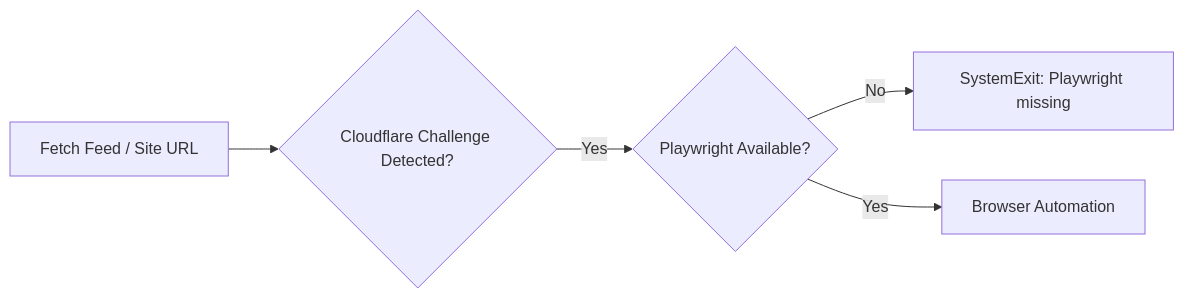
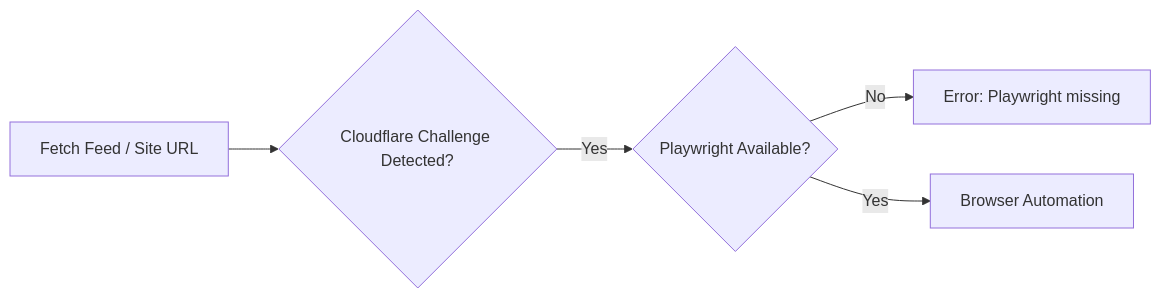
The second of 3 diagrams in .agents/bugs/BUG-003-cloudflare-challenge-bypass.md (HELIX-Origin/Discord-RSS), drawn with Mermaid before and after one commit. The commit also changed other lines of this file and 126 other files, not shown here.

````diff
--- a/.agents/bugs/BUG-003-cloudflare-challenge-bypass.md
+++ b/.agents/bugs/BUG-003-cloudflare-challenge-bypass.md
@@ -36,7 +36,7 @@
 ```mermaid
 flowchart LR
     Start["Fetch Feed / Site URL"] --> Check{"Cloudflare Challenge Detected?"}
     Check -->|"Yes"| Import{"Playwright Available?"}
-    Import -->|"No"| Error["SystemExit: Playwright missing"]
+    Import -->|"No"| Error["Error: Playwright missing"]
     Import -->|"Yes"| Browser["Browser Automation"]
 ```
````
